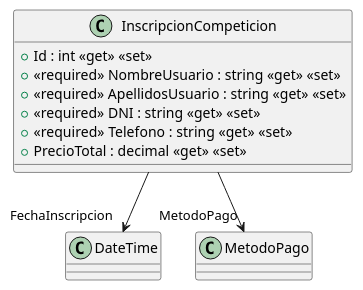
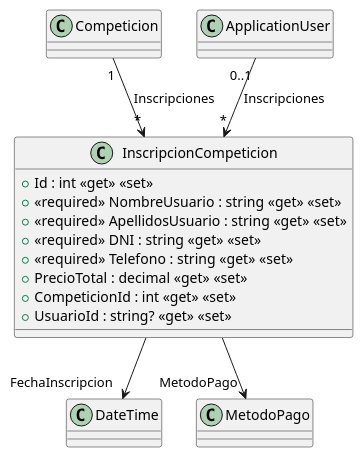
Before and after one commit to 2026-27AstonMartin/ISII2627AstonMartin: the diagram in src/AppForSEII.API/ClassDiagram/Models/InscripcionCompeticion.puml, drawn with PlantUML. The commit also changed 13 other files, not shown here.

First line of the commit message:
Crear migración CreateIdentitySchema y sembrar datos iniciales

```diff
--- a/src/AppForSEII.API/ClassDiagram/Models/InscripcionCompeticion.puml
+++ b/src/AppForSEII.API/ClassDiagram/Models/InscripcionCompeticion.puml
@@ -1,12 +1,16 @@
 @startuml
 class InscripcionCompeticion {
     + Id : int <<get>> <<set>>
     + <<required>> NombreUsuario : string <<get>> <<set>>
     + <<required>> ApellidosUsuario : string <<get>> <<set>>
     + <<required>> DNI : string <<get>> <<set>>
     + <<required>> Telefono : string <<get>> <<set>>
     + PrecioTotal : decimal <<get>> <<set>>
+    + CompeticionId : int <<get>> <<set>>
+    + UsuarioId : string? <<get>> <<set>>
 }
 InscripcionCompeticion --> "FechaInscripcion" DateTime
 InscripcionCompeticion --> "MetodoPago" MetodoPago
+Competicion "1" --> "*" InscripcionCompeticion : Inscripciones
+ApplicationUser "0..1" --> "*" InscripcionCompeticion : Inscripciones
 @enduml
```
